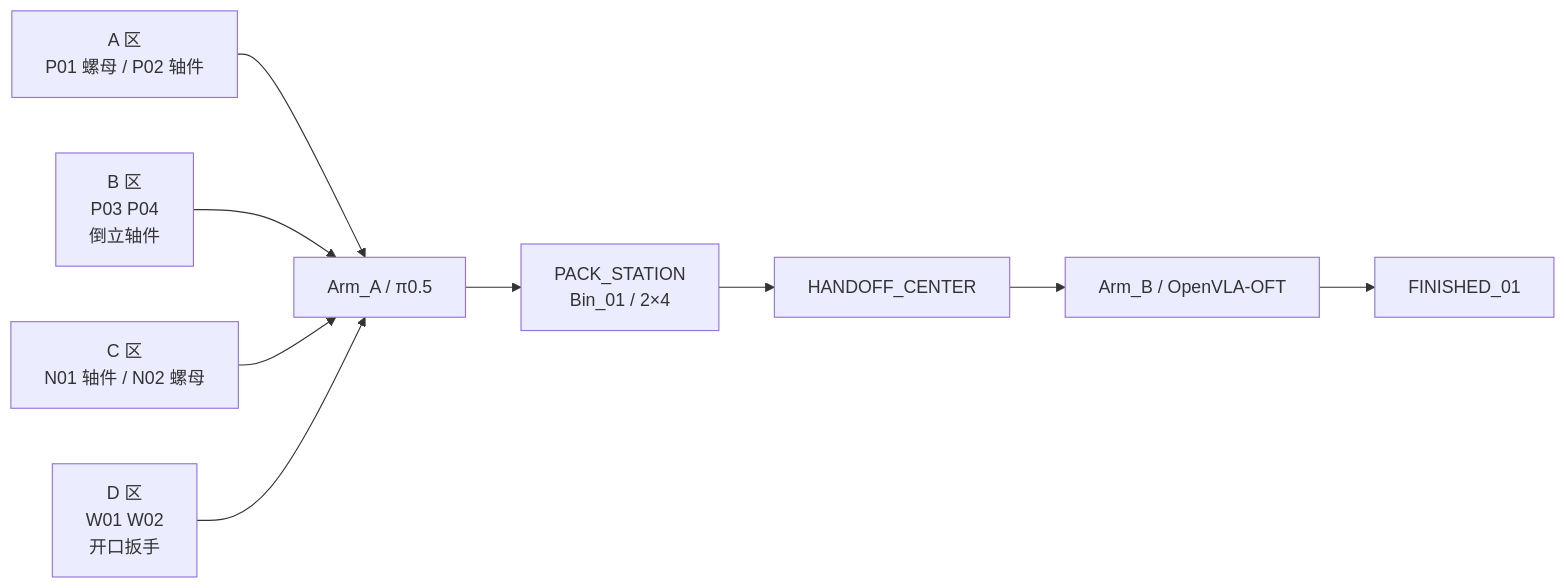
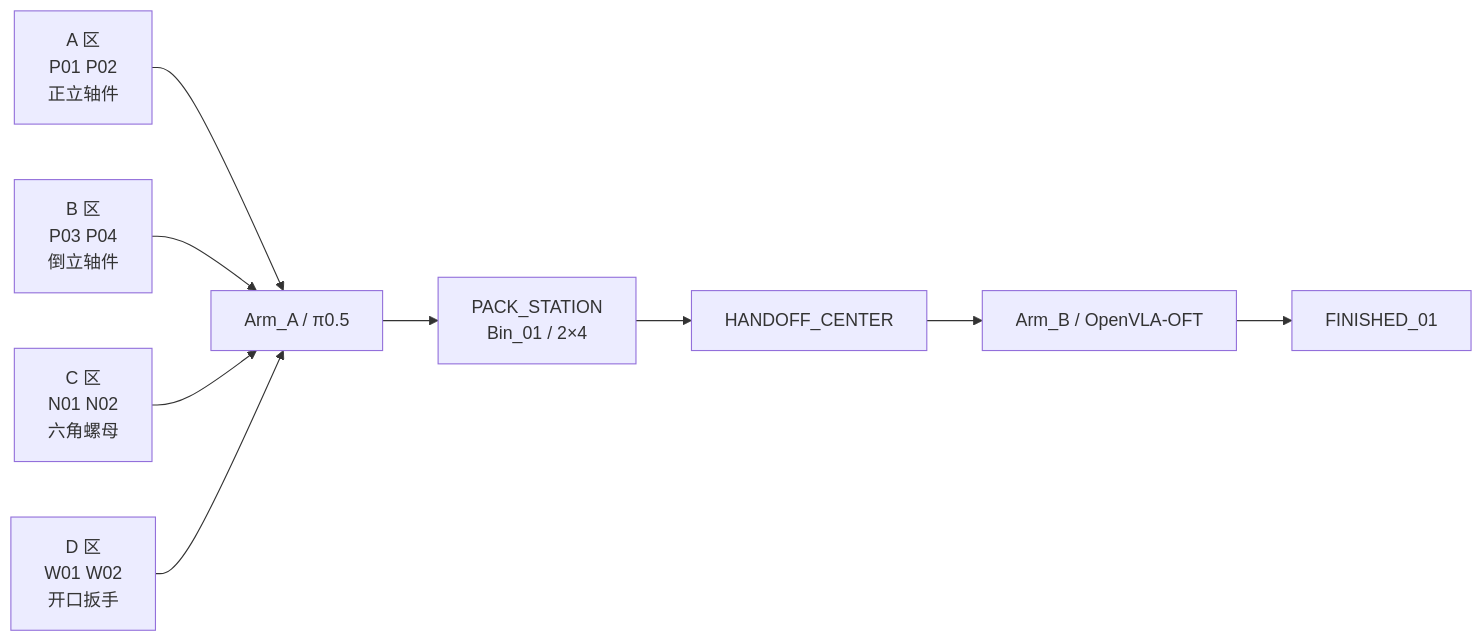
The diagram in docs/architecture/single-bin-static-handoff-scene-v2.md (RUIJIAN-HUANG/industrial-agent-vla), drawn with Mermaid before and after one commit. The commit also changed other lines of this file and 29 other files, not shown here.

````diff
--- a/docs/architecture/single-bin-static-handoff-scene-v2.md
+++ b/docs/architecture/single-bin-static-handoff-scene-v2.md
@@ -30,18 +30,18 @@
 ```mermaid
 flowchart LR
-    A["A 区<br/>P01 螺母 / P02 轴件"]
+    A["A 区<br/>P01 P02<br/>正立轴件"]
     B["B 区<br/>P03 P04<br/>倒立轴件"]
-    C["C 区<br/>N01 轴件 / N02 螺母"]
+    C["C 区<br/>N01 N02<br/>六角螺母"]
     D["D 区<br/>W01 W02<br/>开口扳手"]
     PA["PACK_STATION<br/>Bin_01 / 2×4"]
     H["HANDOFF_CENTER"]
     F["FINISHED_01"]
     AA["Arm_A / π0.5"]
     AB["Arm_B / OpenVLA-OFT"]
 
     A --> AA
     B --> AA
     C --> AA
     D --> AA
     AA --> PA --> H --> AB --> F
 ```
````
